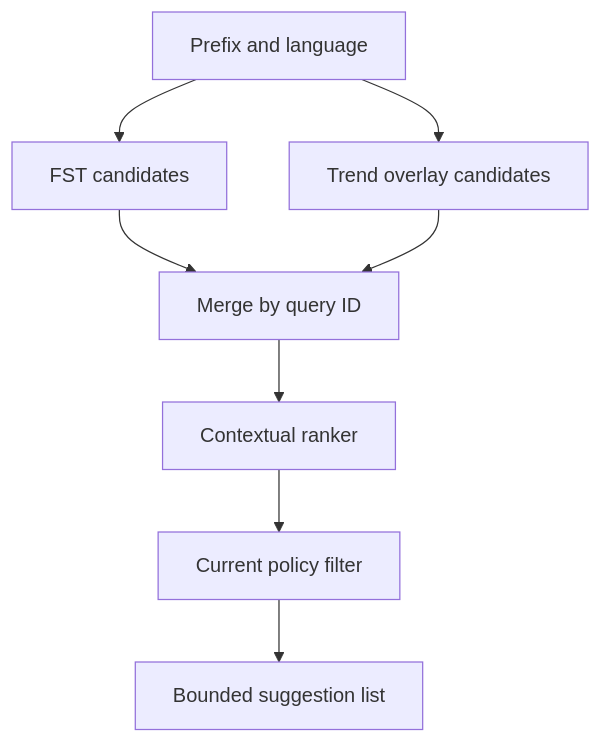
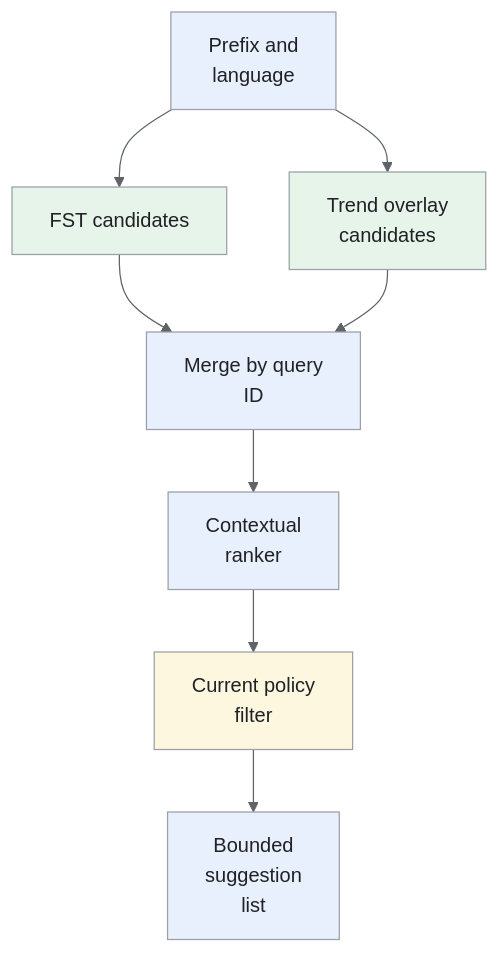
One commit to iliazlobin/iliazlobin.github.io changed the fourth of 5 diagrams in _designs/autocomplete-query-suggestion.md. Above: the diagram before and after it, drawn with Mermaid. The commit also changed other lines of this file and 131 other files, not shown here.

````diff
--- a/_designs/autocomplete-query-suggestion.md
+++ b/_designs/autocomplete-query-suggestion.md
@@ -227,10 +293,18 @@
 ```mermaid
+%%{init: {'theme':'base','themeVariables':{'primaryColor':'#e8f0fe','primaryTextColor':'#202124','primaryBorderColor':'#9aa0a6','lineColor':'#5f6368','secondaryColor':'#e6f4ea','tertiaryColor':'#fef7e0','actorBkg':'#e8f0fe','actorBorder':'#9aa0a6','actorTextColor':'#202124','noteBkgColor':'#fef7e0','noteTextColor':'#202124','noteBorderColor':'#9aa0a6','signalColor':'#5f6368','signalTextColor':'#202124','labelBoxBkgColor':'#fef7e0','labelBoxBorderColor':'#9aa0a6'}}}%%
 flowchart TB
-    P["Prefix and language"] --> F["FST candidates"]
-    P --> T["Trend overlay candidates"]
-    F --> M["Merge by query ID"]
+    P["Prefix and<br>language"] --> F["FST candidates"]
+    P --> T["Trend overlay<br>candidates"]
+    F --> M["Merge by query<br>ID"]
     T --> M
-    M --> R["Contextual ranker"]
-    R --> S["Current policy filter"]
-    S --> U["Bounded suggestion list"]
+    M --> R["Contextual<br>ranker"]
+    R --> S["Current policy<br>filter"]
+    S --> U["Bounded<br>suggestion<br>list"]
+classDef request fill:#e8f0fe,stroke:#9aa0a6,color:#202124;
+classDef data fill:#e6f4ea,stroke:#9aa0a6,color:#202124;
+classDef control fill:#fef7e0,stroke:#9aa0a6,color:#202124;
+class P,M,R,U request;
+class F,T data;
+class S control;
+
 ```
````
